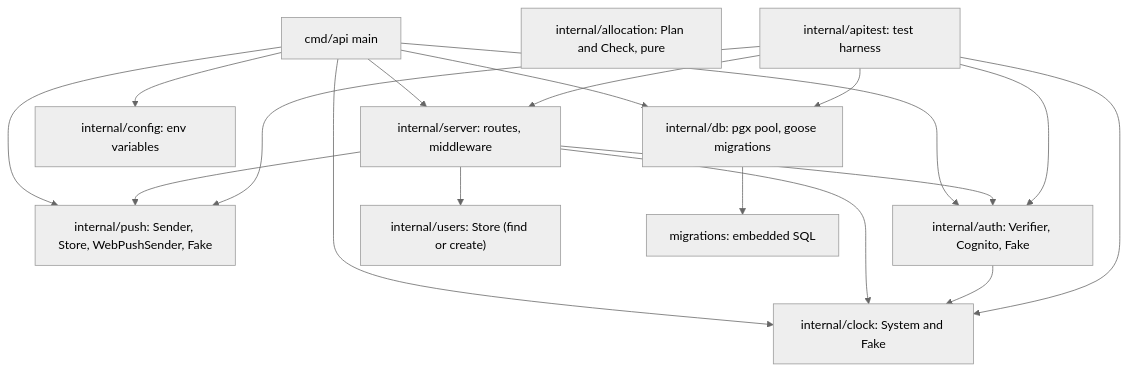
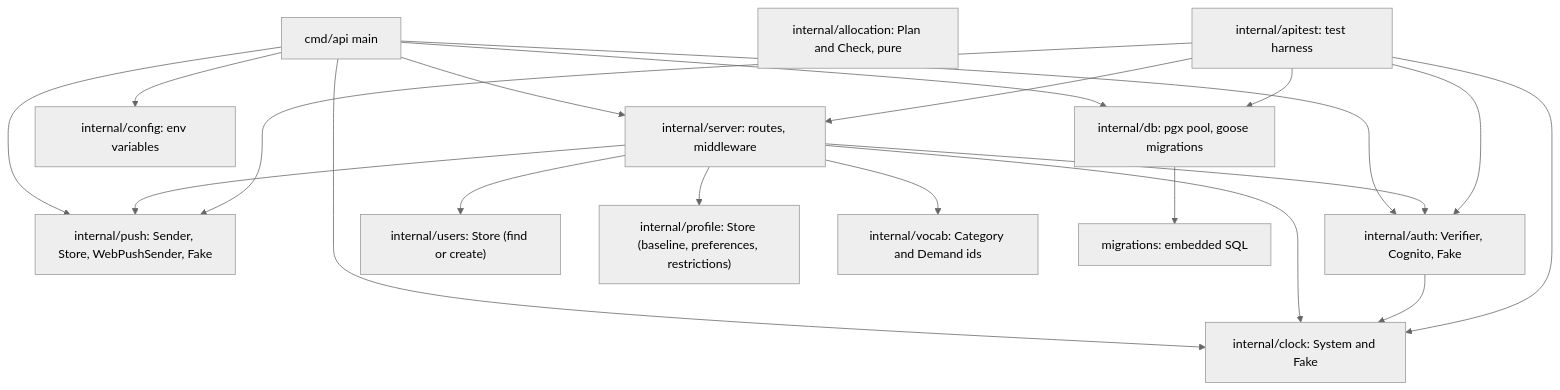
One commit to AbnerWillclefy/Homeowner changed the first of 3 diagrams in docs/architecture/backend.md. Above: the diagram before and after it, drawn with Mermaid (neutral theme). The commit also changed other lines of this file and 1 other file, not shown here.

Commit message:
docs(architecture): describe the profile tables, routes and packages

````diff
--- a/docs/architecture/backend.md
+++ b/docs/architecture/backend.md
@@ -16,32 +16,36 @@
 ```mermaid
 flowchart TD
     main["cmd/api main"]
     server["internal/server: routes, middleware"]
     config["internal/config: env variables"]
     db["internal/db: pgx pool, goose migrations"]
     clock["internal/clock: System and Fake"]
     push["internal/push: Sender, Store, WebPushSender, Fake"]
     auth["internal/auth: Verifier, Cognito, Fake"]
     users["internal/users: Store (find or create)"]
+    profile["internal/profile: Store (baseline, preferences, restrictions)"]
+    vocab["internal/vocab: Category and Demand ids"]
     mig["migrations: embedded SQL"]
     alloc["internal/allocation: Plan and Check, pure"]
     apitest["internal/apitest: test harness"]
 
     main --> config
     main --> db
     main --> server
     main --> clock
     main --> push
     main --> auth
     server --> clock
     server --> push
     server --> auth
     server --> users
+    server --> profile
+    server --> vocab
     auth --> clock
     apitest --> push
     apitest --> auth
     db --> mig
     apitest --> server
     apitest --> db
     apitest --> clock
 ```
````
